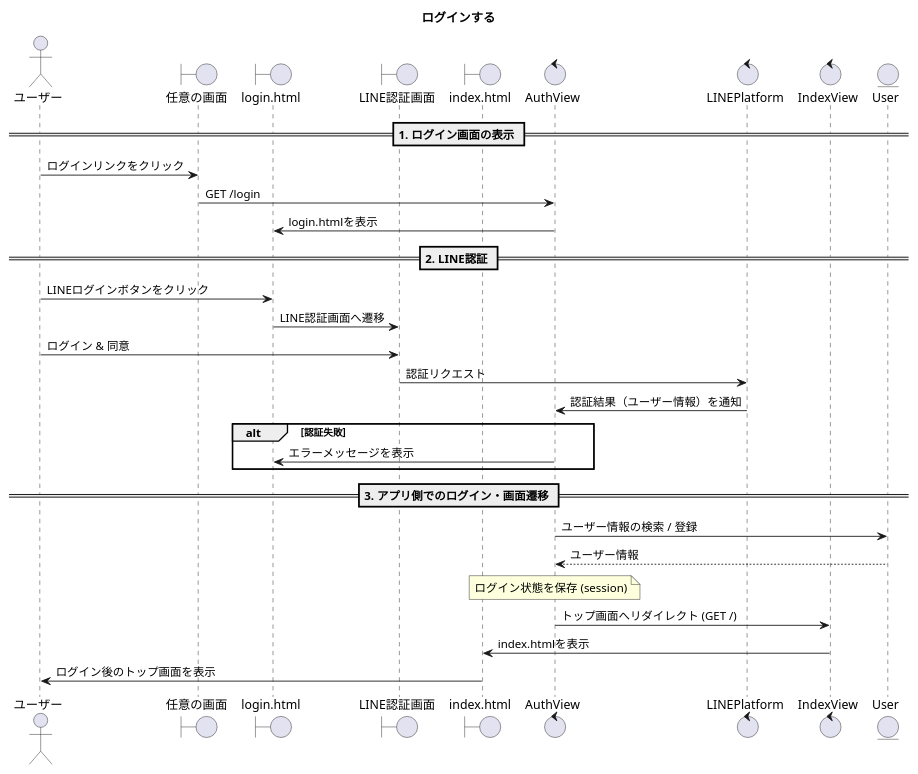
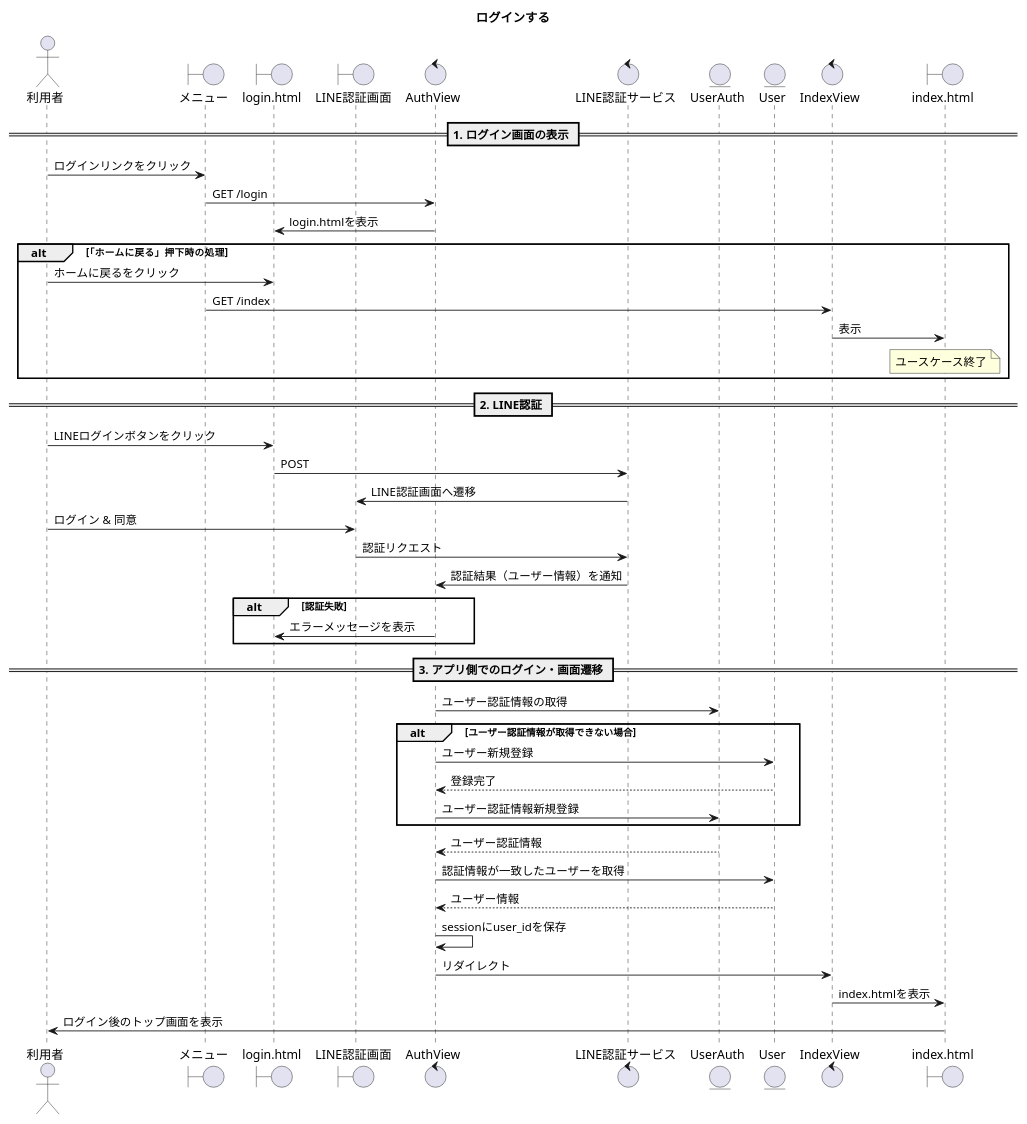
Before and after one commit to Kotarou-Tanoue/tanouesoftware: the first of 16 diagrams in 20_システム設計書/図24_シーケンス.puml, drawn with PlantUML. The commit also changed other lines of this file and 4 other files, not shown here.

```diff
--- a/20_システム設計書/図24_シーケンス.puml
+++ b/20_システム設計書/図24_シーケンス.puml
@@ -1,38 +1,55 @@
 @startuml ログインする
     title ログインする
 
-    actor "ユーザー" as a1
-    boundary "任意の画面" as b1
+    actor "利用者" as a1
+    boundary "メニュー" as b1
     boundary "login.html" as b2
     boundary "LINE認証画面" as b3
+    control "AuthView" as c1
+    control "LINE認証サービス" as c2
+    entity "UserAuth" as e1
+    entity "User" as e2
+    control "IndexView" as c3
     boundary "index.html" as b4
-    control "AuthView" as c1
-    control "LINEPlatform" as c2
-    control "IndexView" as c3
-    entity "User" as e1
 
     == 1. ログイン画面の表示 ==
     a1 -> b1 : ログインリンクをクリック
     b1 -> c1 : GET /login
     c1 -> b2 : login.htmlを表示
 
+    alt 「ホームに戻る」押下時の処理
+        a1 -> b2 : ホームに戻るをクリック
+        b1 -> c3 : GET /index
+        c3 -> b4 : 表示
+        note over b4 : ユースケース終了
+    end
+
     == 2. LINE認証 ==
     a1 -> b2 : LINEログインボタンをクリック
-    b2 -> b3 : LINE認証画面へ遷移
+    b2 -> c2 : POST
+    c2 -> b3 : LINE認証画面へ遷移
     a1 -> b3 : ログイン & 同意
     b3 -> c2 : 認証リクエスト
     c2 -> c1 : 認証結果（ユーザー情報）を通知
     alt 認証失敗
         c1 -> b2 : エラーメッセージを表示
     end
     == 3. アプリ側でのログイン・画面遷移 ==
-    c1 -> e1 : ユーザー情報の検索 / 登録
-    e1 --> c1 : ユーザー情報
+    c1 -> e1 : ユーザー認証情報の取得
+    alt ユーザー認証情報が取得できない場合
+        c1 -> e2 : ユーザー新規登録
+        e2 --> c1 : 登録完了
+        c1 -> e1 : ユーザー認証情報新規登録
 
-    note over c1 : ログイン状態を保存 (session)
+    end
+    e1 --> c1 : ユーザー認証情報
+    c1 -> e2 : 認証情報が一致したユーザーを取得
+    e2 --> c1 : ユーザー情報
 
-    c1 -> c3 : トップ画面へリダイレクト (GET /)
+    c1 -> c1 : sessionにuser_idを保存
+
+    c1 -> c3 : リダイレクト
     c3 -> b4 : index.htmlを表示
     b4 -> a1 : ログイン後のトップ画面を表示
 
 @enduml
```
